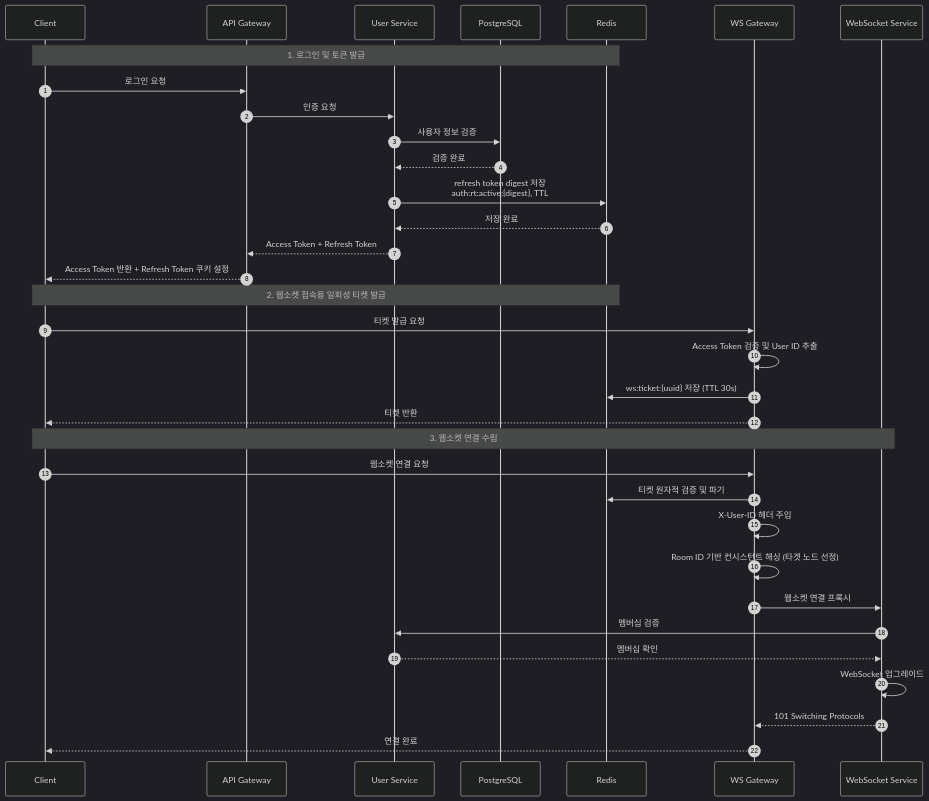
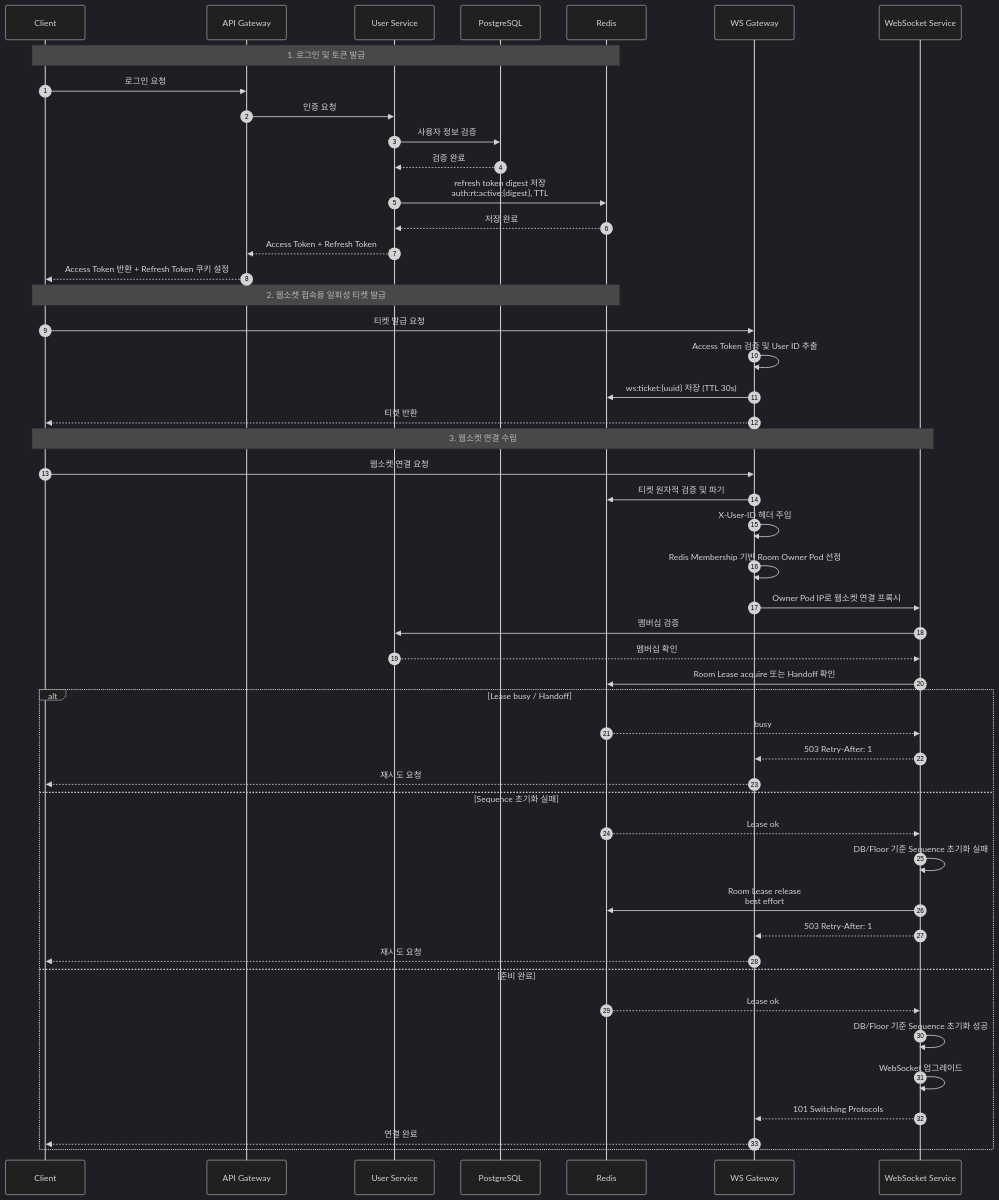
The diagram in docs/diagrams/seq-auth-ticket.mmd (happyhun/go-chat-msa), drawn with Mermaid (dark theme) before and after one commit. The commit also changed 8 other files, not shown here.

Commit message:
docs: k8s websocket 다이어그램 최신화

```diff
--- a/docs/diagrams/seq-auth-ticket.mmd
+++ b/docs/diagrams/seq-auth-ticket.mmd
@@ -1,38 +1,53 @@
 sequenceDiagram
     autonumber
 
     participant Client as Client
     participant AGW as API Gateway
     participant UserSvc as User Service
     participant DB as PostgreSQL
     participant Redis as Redis
     participant WSGW as WS Gateway
     participant WSSvc as WebSocket Service
 
     Note over Client, Redis: 1. 로그인 및 토큰 발급
     Client->>AGW: 로그인 요청
     AGW->>UserSvc: 인증 요청
     UserSvc->>DB: 사용자 정보 검증
     DB-->>UserSvc: 검증 완료
     UserSvc->>Redis: refresh token digest 저장<br/>auth:rt:active:{digest}, TTL
     Redis-->>UserSvc: 저장 완료
     UserSvc-->>AGW: Access Token + Refresh Token
     AGW-->>Client: Access Token 반환 + Refresh Token 쿠키 설정
 
     Note over Client, Redis: 2. 웹소켓 접속용 일회성 티켓 발급
     Client->>WSGW: 티켓 발급 요청
     WSGW->>WSGW: Access Token 검증 및 User ID 추출
     WSGW->>Redis: ws:ticket:{uuid} 저장 (TTL 30s)
     WSGW-->>Client: 티켓 반환
 
     Note over Client, WSSvc: 3. 웹소켓 연결 수립
     Client->>WSGW: 웹소켓 연결 요청
     WSGW->>Redis: 티켓 원자적 검증 및 파기
     WSGW->>WSGW: X-User-ID 헤더 주입
-    WSGW->>WSGW: Room ID 기반 컨시스턴트 해싱 (타겟 노드 선정)
-    WSGW->>WSSvc: 웹소켓 연결 프록시
+    WSGW->>WSGW: Redis Membership 기반 Room Owner Pod 선정
+    WSGW->>WSSvc: Owner Pod IP로 웹소켓 연결 프록시
     WSSvc->>UserSvc: 멤버십 검증
     UserSvc-->>WSSvc: 멤버십 확인
-    WSSvc->>WSSvc: WebSocket 업그레이드
-    WSSvc-->>WSGW: 101 Switching Protocols
-    WSGW-->>Client: 연결 완료
+    WSSvc->>Redis: Room Lease acquire 또는 Handoff 확인
+    alt Lease busy / Handoff
+        Redis-->>WSSvc: busy
+        WSSvc-->>WSGW: 503 Retry-After: 1
+        WSGW-->>Client: 재시도 요청
+    else Sequence 초기화 실패
+        Redis-->>WSSvc: Lease ok
+        WSSvc->>WSSvc: DB/Floor 기준 Sequence 초기화 실패
+        WSSvc->>Redis: Room Lease release<br/>best effort
+        WSSvc-->>WSGW: 503 Retry-After: 1
+        WSGW-->>Client: 재시도 요청
+    else 준비 완료
+        Redis-->>WSSvc: Lease ok
+        WSSvc->>WSSvc: DB/Floor 기준 Sequence 초기화 성공
+        WSSvc->>WSSvc: WebSocket 업그레이드
+        WSSvc-->>WSGW: 101 Switching Protocols
+        WSGW-->>Client: 연결 완료
+    end
```
